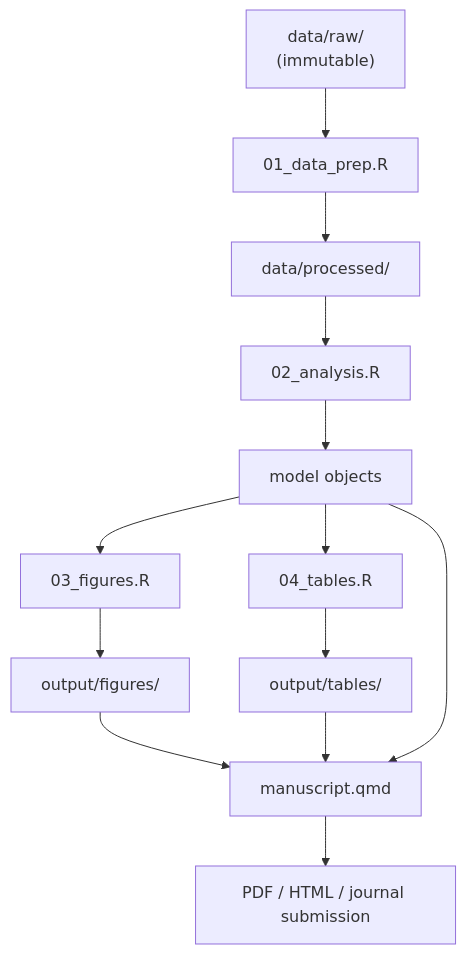
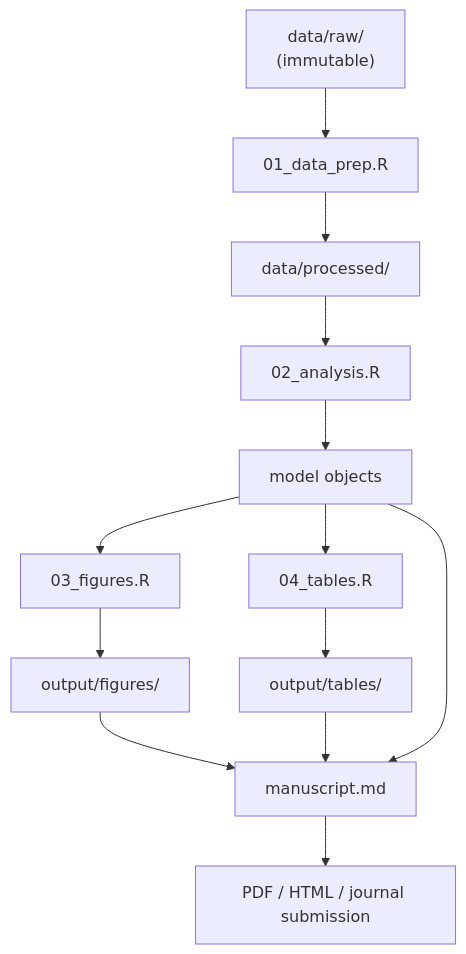
One commit to kostadinoff/kostadinoff.github.io changed the diagram in blog/academic-writing-setup.qmd. Above: the diagram before and after it, drawn with Mermaid. The commit also changed other lines of this file and 5 other files, not shown here.

````diff
--- a/blog/academic-writing-setup.qmd
+++ b/blog/academic-writing-setup.qmd
@@ -221,15 +226,15 @@
 ```{mermaid}
 flowchart TD
   A["data/raw/<br/>(immutable)"] --> B["01_data_prep.R"]
   B --> C["data/processed/"]
   C --> D["02_analysis.R"]
   D --> E["model objects"]
   E --> F["03_figures.R"]
   E --> G["04_tables.R"]
   F --> H["output/figures/"]
   G --> I["output/tables/"]
-  H --> J["manuscript.qmd"]
+  H --> J["manuscript.md"]
   I --> J
   E --> J
   J --> K["PDF / HTML / journal submission"]
 ```
````
